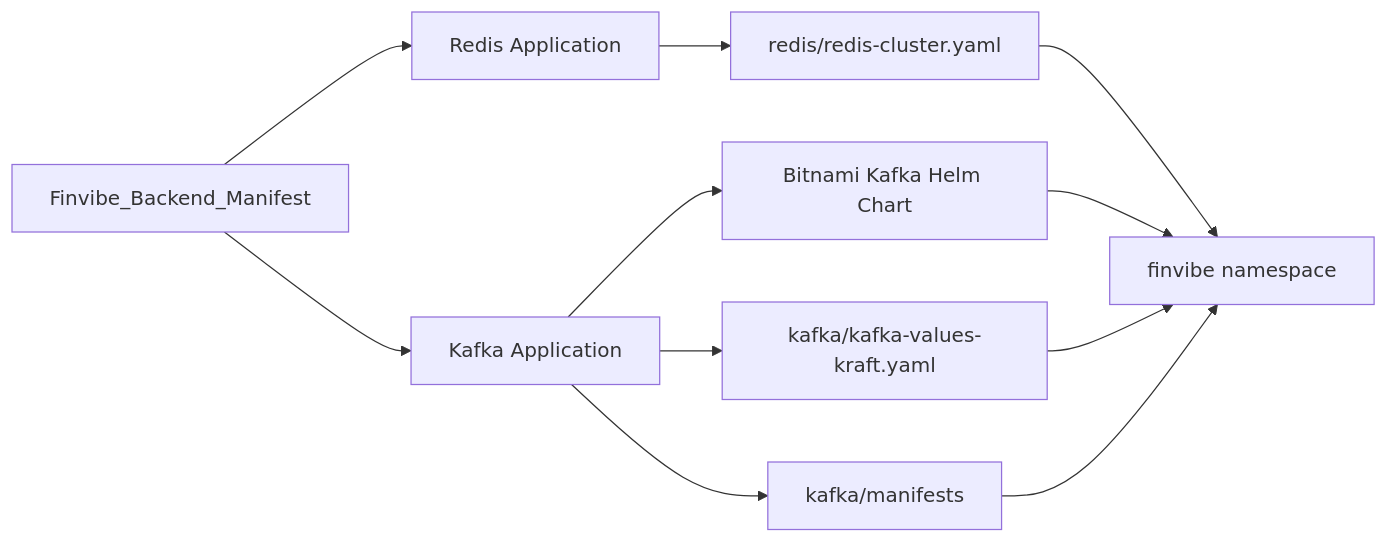
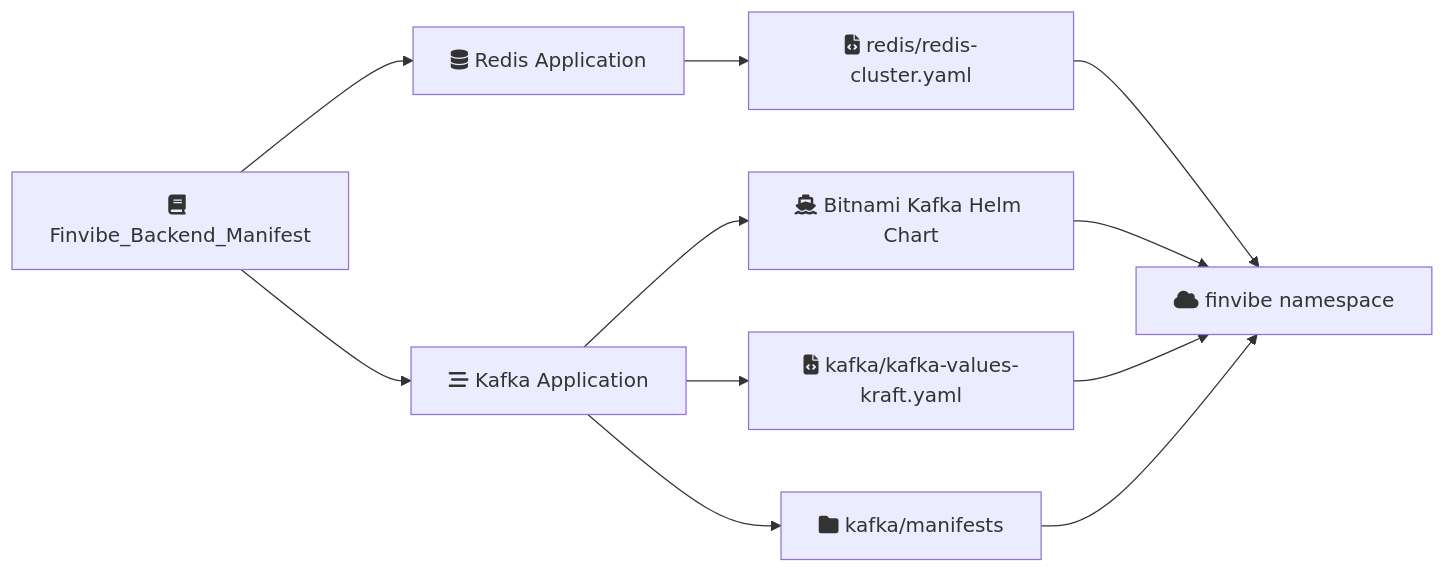
Before and after one commit to DEPth-FinVibe/Finvibe_Backend_Manifest: the second of 2 diagrams in deployment-flow.md, drawn with Mermaid. The commit also changed other lines of this file, not shown here.

````diff
--- a/deployment-flow.md
+++ b/deployment-flow.md
@@ -37,15 +37,15 @@
 ```mermaid
 flowchart LR
-    A[Finvibe_Backend_Manifest] --> B[Redis Application]
-    A --> C[Kafka Application]
+    A[fa:fa-book Finvibe_Backend_Manifest] --> B[fa:fa-database Redis Application]
+    A --> C[fa:fa-stream Kafka Application]
 
-    B --> D[redis/redis-cluster.yaml]
-    C --> E[Bitnami Kafka Helm Chart]
-    C --> F[kafka/kafka-values-kraft.yaml]
-    C --> G[kafka/manifests]
+    B --> D[fa:fa-file-code redis/redis-cluster.yaml]
+    C --> E[fa:fa-ship Bitnami Kafka Helm Chart]
+    C --> F[fa:fa-file-code kafka/kafka-values-kraft.yaml]
+    C --> G[fa:fa-folder kafka/manifests]
 
-    D --> H[finvibe namespace]
+    D --> H[fa:fa-cloud finvibe namespace]
     E --> H
     F --> H
     G --> H
 ```
````
